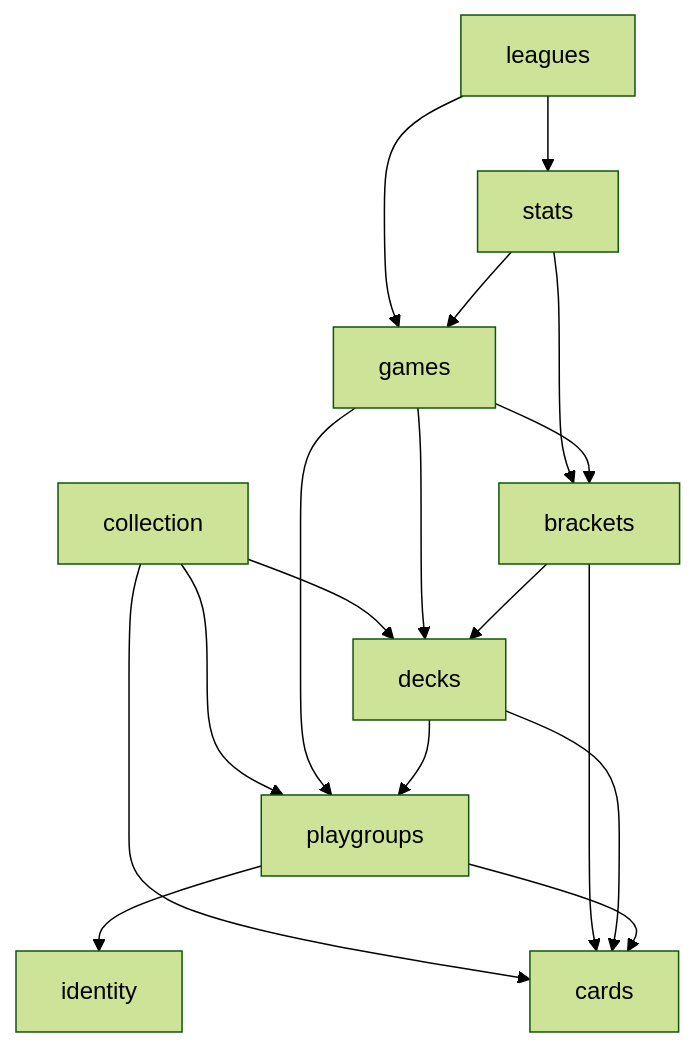
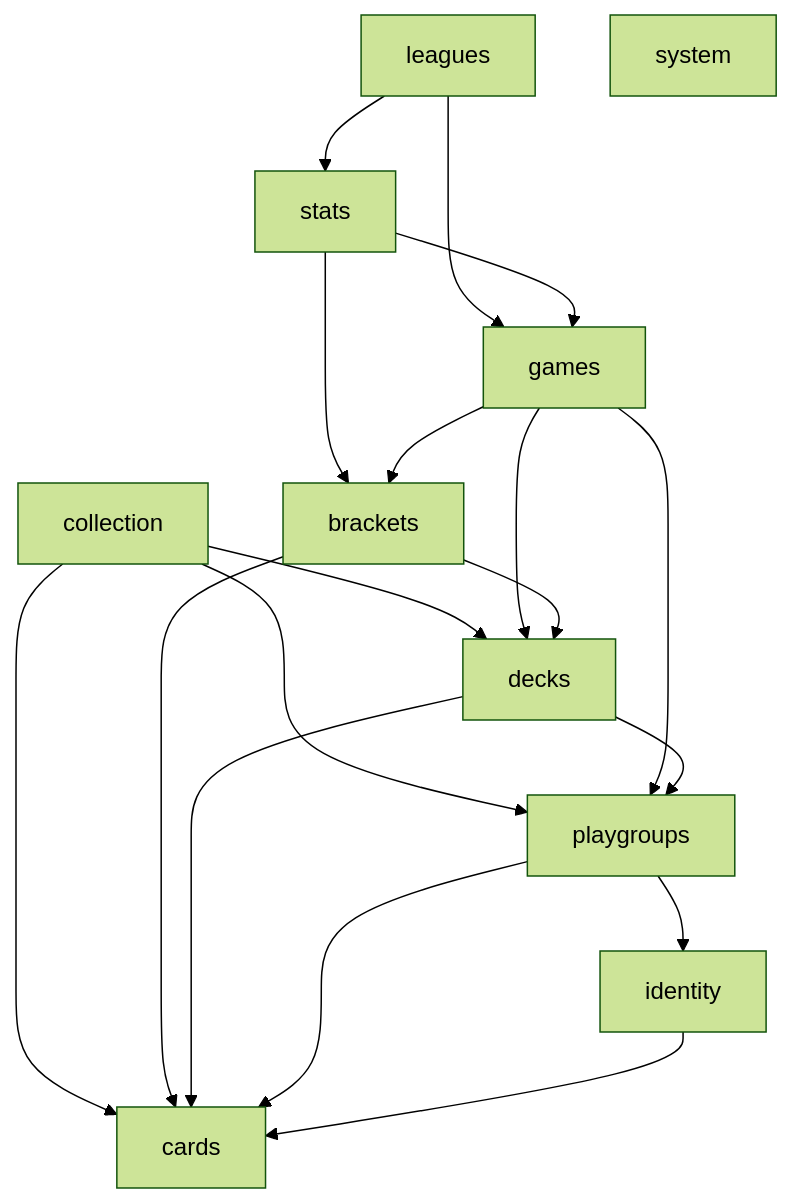
The third of 5 diagrams in docs/architecture.md (Rocket-Racoon/mtg-stats), drawn with Mermaid (forest theme) before and after one commit. The commit also changed other lines of this file and 6 other files, not shown here.

First line of the commit message:
docs: address PR #448 re-review (domain graph completeness)

````diff
--- a/docs/architecture.md
+++ b/docs/architecture.md
@@ -112,19 +123,21 @@
 ```mermaid
 flowchart TB
   leagues --> stats
   leagues --> games
   stats --> games
   stats --> brackets
   collection --> decks
   collection --> cards
   collection --> playgroups
   games --> brackets
   games --> decks
   games --> playgroups
   brackets --> decks
   brackets --> cards
   decks --> playgroups
   decks --> cards
   playgroups --> identity
   playgroups --> cards
+  identity --> cards
+  system
 ```
````
